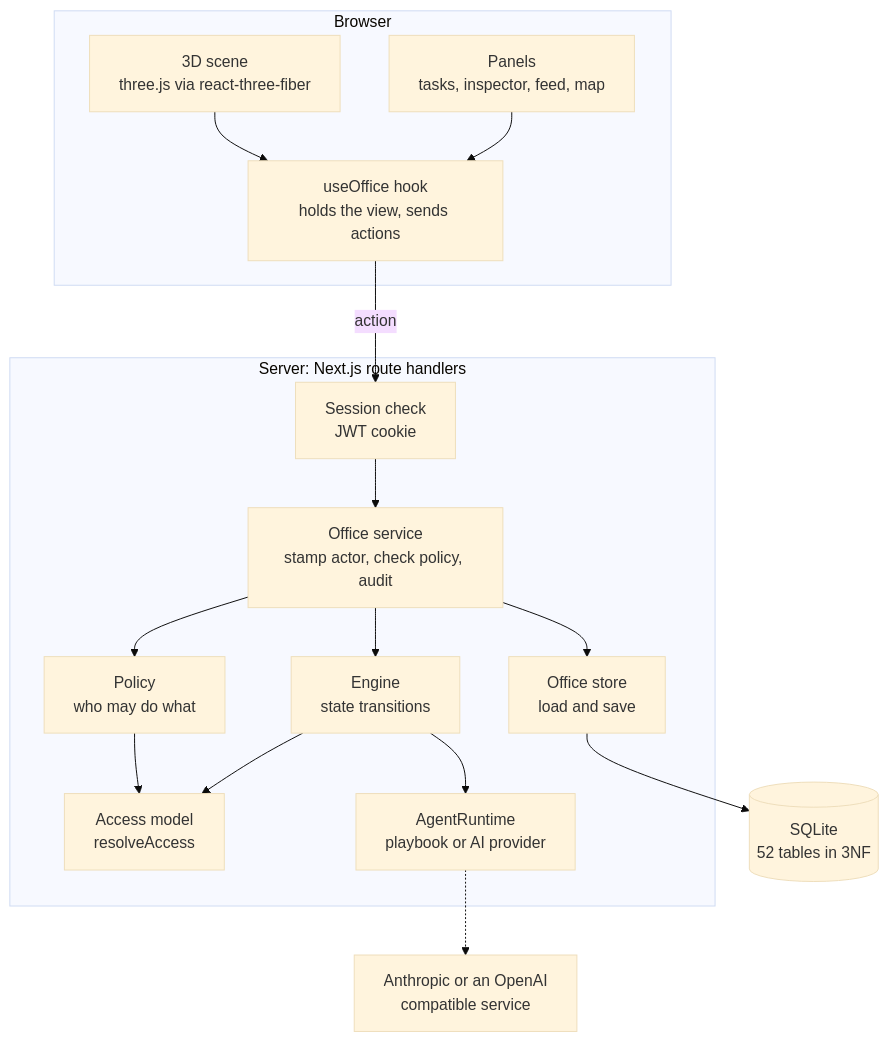
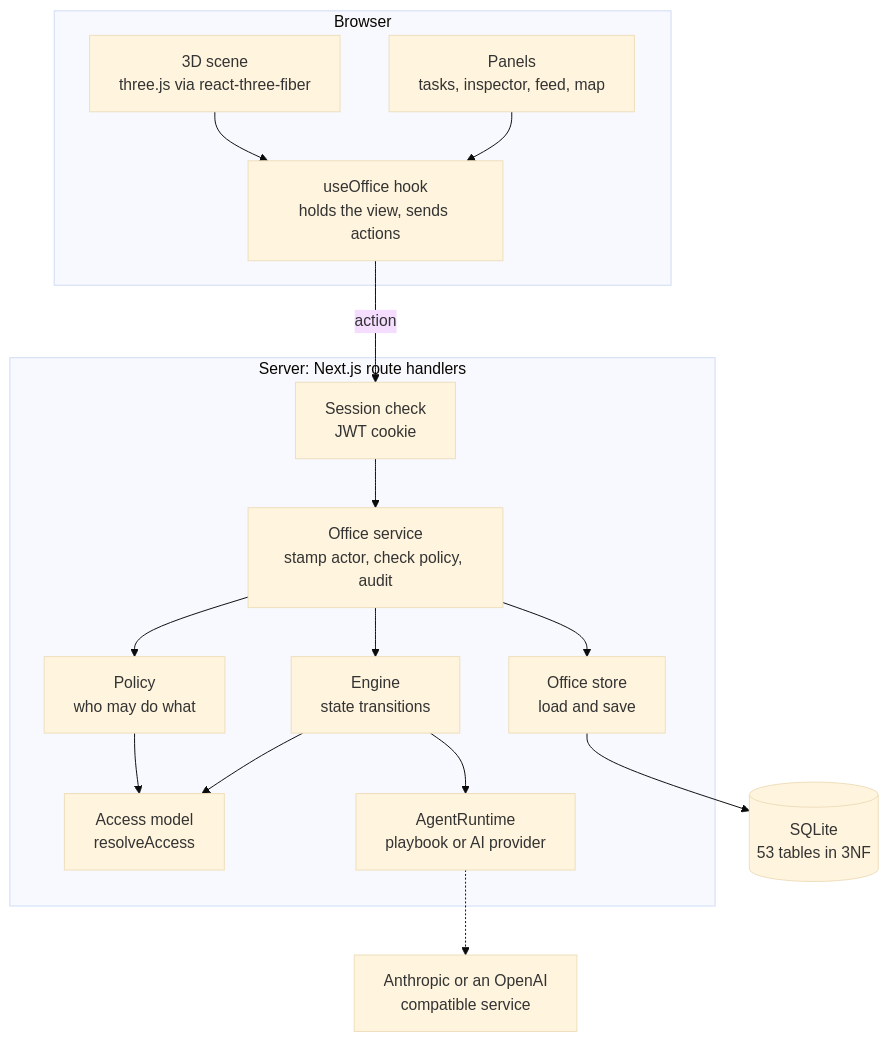
One commit to seyitgkc/ai-virtual-office changed the first of 14 diagrams in README.md. Above: the diagram before and after it, drawn with Mermaid (base theme). The commit also changed other lines of this file, not shown here.

````diff
--- a/README.md
+++ b/README.md
@@ -398,34 +414,34 @@
 ```mermaid
 flowchart TB
   subgraph Browser
     scene["3D scene<br/>three.js via react-three-fiber"]
     panels["Panels<br/>tasks, inspector, feed, map"]
     hook["useOffice hook<br/>holds the view, sends actions"]
     scene --> hook
     panels --> hook
   end
 
   subgraph Server["Server: Next.js route handlers"]
     http["Session check<br/>JWT cookie"]
     service["Office service<br/>stamp actor, check policy, audit"]
     policy["Policy<br/>who may do what"]
     engine["Engine<br/>state transitions"]
     access["Access model<br/>resolveAccess"]
     runtime["AgentRuntime<br/>playbook or AI provider"]
     store["Office store<br/>load and save"]
   end
 
-  db[("SQLite<br/>52 tables in 3NF")]
+  db[("SQLite<br/>53 tables in 3NF")]
   llm["Anthropic or an OpenAI<br/>compatible service"]
 
   hook -->|"action"| http
   http --> service
   service --> policy
   service --> engine
   policy --> access
   engine --> access
   engine --> runtime
   runtime -.-> llm
   service --> store
   store --> db
 ```
````
